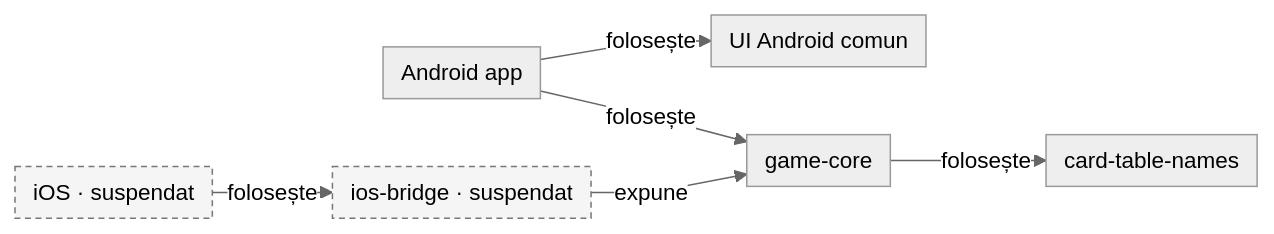
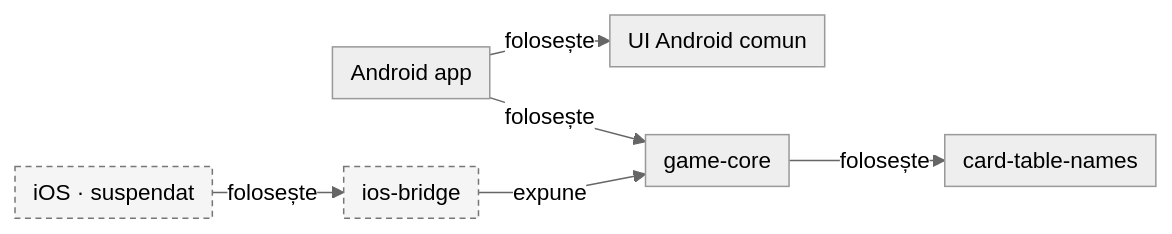
Before and after one commit to crististefanita/whist: the second of 4 diagrams in README.md, drawn with Mermaid. The commit also changed other lines of this file, not shown here.

Commit message:
docs: pastreaza diagramele prezentarii in limitele compacte

````diff
--- a/README.md
+++ b/README.md
@@ -52,17 +52,17 @@
 ```mermaid
 %%{init: {"theme":"neutral","themeVariables":{"fontSize":"15px"},"themeCSS":".edgeLabel, .edgeLabel p { font-size: 12px !important; } .node rect { rx: 6px; ry: 6px; }","flowchart":{"curve":"linear","nodeSpacing":24,"rankSpacing":20,"padding":6},"sequence":{"mirrorActors":false,"messageMargin":24}}}%%
 flowchart LR
     app["Android app"]
     atf_card_table_ui["UI Android comun"]
     ios["iOS · suspendat"]
-    ios_bridge["ios-bridge · suspendat"]
+    ios_bridge["ios-bridge"]
     game_core["game-core"]
     card_table_names["card-table-names"]
     app -->|folosește| atf_card_table_ui
     app -->|folosește| game_core
     ios -->|folosește| ios_bridge
     ios_bridge -->|expune| game_core
     game_core -->|folosește| card_table_names
     classDef parked fill:#f5f5f5,stroke:#777,stroke-dasharray:4 3
     class ios,ios_bridge parked
 ```
````
